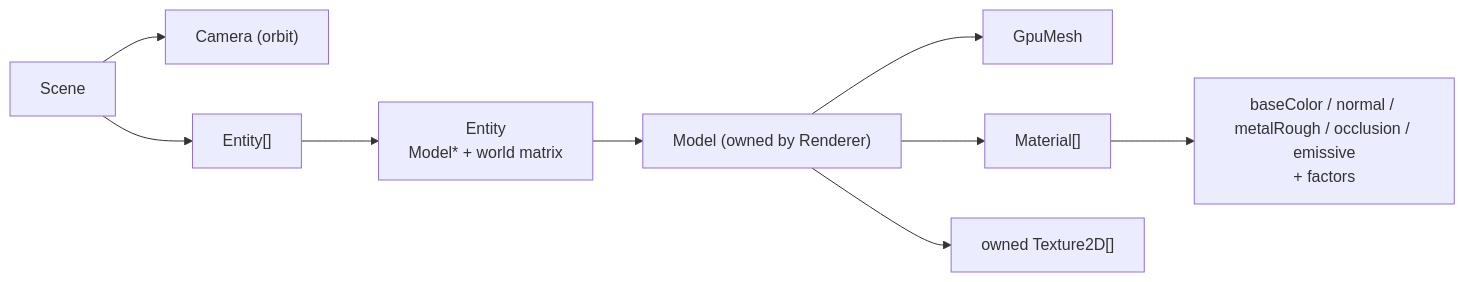
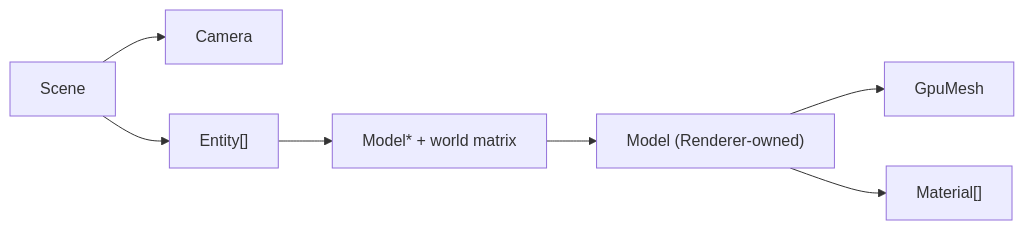
Before and after one commit to RomanovV/SummerEngine: the third of 6 diagrams in docs/ARCHITECTURE.md, drawn with Mermaid. The commit also changed other lines of this file and 1 other file, not shown here.

````diff
--- a/docs/ARCHITECTURE.md
+++ b/docs/ARCHITECTURE.md
@@ -274,11 +253,9 @@
 ```mermaid
 graph LR
-    Scene["Scene"] --> Camera["Camera (orbit)"]
+    Scene["Scene"] --> Camera["Camera"]
     Scene --> Entities["Entity[]"]
-    Entities --> Entity["Entity<br/>Model* + world matrix"]
-    Entity --> Model["Model (owned by Renderer)"]
+    Entities --> Entity["Model* + world matrix"]
+    Entity --> Model["Model (Renderer-owned)"]
     Model --> GpuMesh["GpuMesh"]
     Model --> Mats["Material[]"]
-    Model --> Texs["owned Texture2D[]"]
-    Mats --> Slots["baseColor / normal / metalRough / occlusion / emissive<br/>+ factors"]
 ```
````
